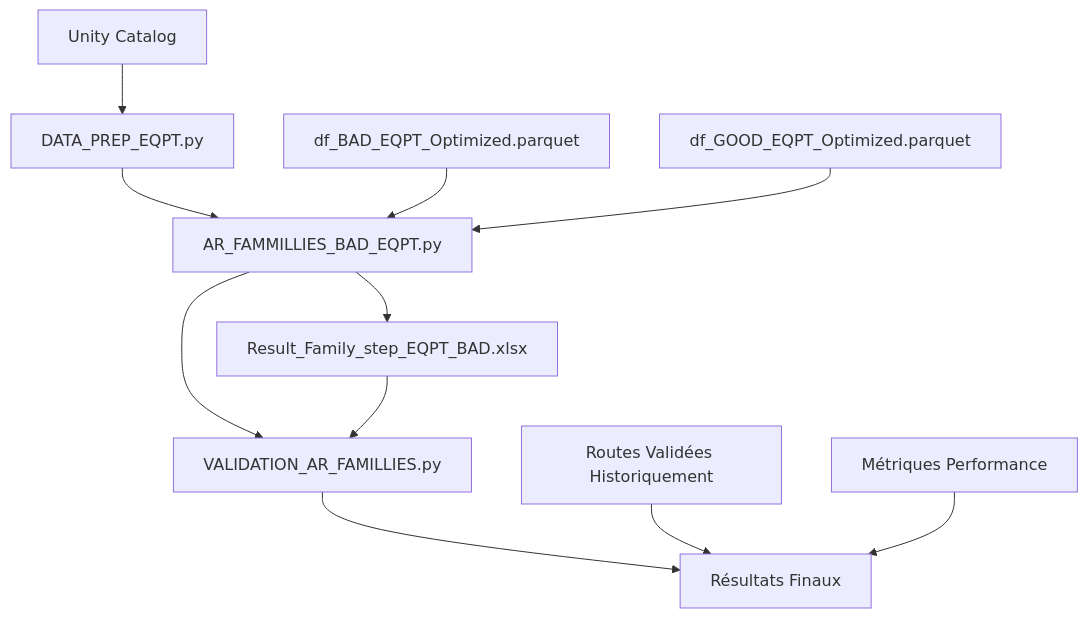
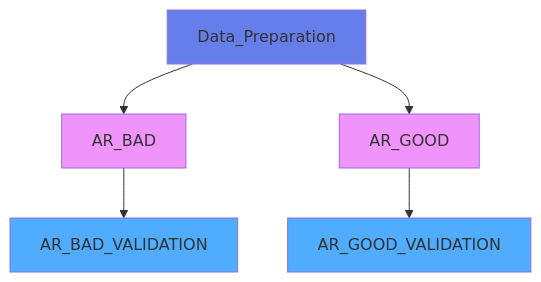
One commit to Akinalf/Z028_Project changed the second of 2 diagrams in README.md. Above: the diagram before and after it, drawn with Mermaid. The commit also changed other lines of this file, not shown here.

````diff
--- a/README.md
+++ b/README.md
@@ -201,16 +353,13 @@
 ```mermaid
-flowchart TD
-    A[Unity Catalog] --> B[DATA_PREP_EQPT.py]
-    B --> C[AR_FAMMILLIES_BAD_EQPT.py]  
-    C --> D[VALIDATION_AR_FAMILLIES.py]
-    D --> E[Résultats Finaux]
+graph TD
+    A[Data_Preparation] --> B[AR_BAD]
+    A --> C[AR_GOOD] 
+    B --> D[AR_BAD_VALIDATION]
+    C --> E[AR_GOOD_VALIDATION]
     
-    B1[df_BAD_EQPT_Optimized.parquet] --> C
-    B2[df_GOOD_EQPT_Optimized.parquet] --> C
-    
-    C[AR_FAMMILLIES_BAD_EQPT.py] --> C2[Result_Family_step_EQPT_BAD.xlsx]
-    C2[Result_Family_step_EQPT_BAD.xlsx] --> D
-    
-    D1[Routes Validées Historiquement] --> E
-    D2[Métriques Performance] --> E
+    style A fill:#667eea
+    style B fill:#f093fb  
+    style C fill:#f093fb
+    style D fill:#4facfe
+    style E fill:#4facfe
 ```
````
